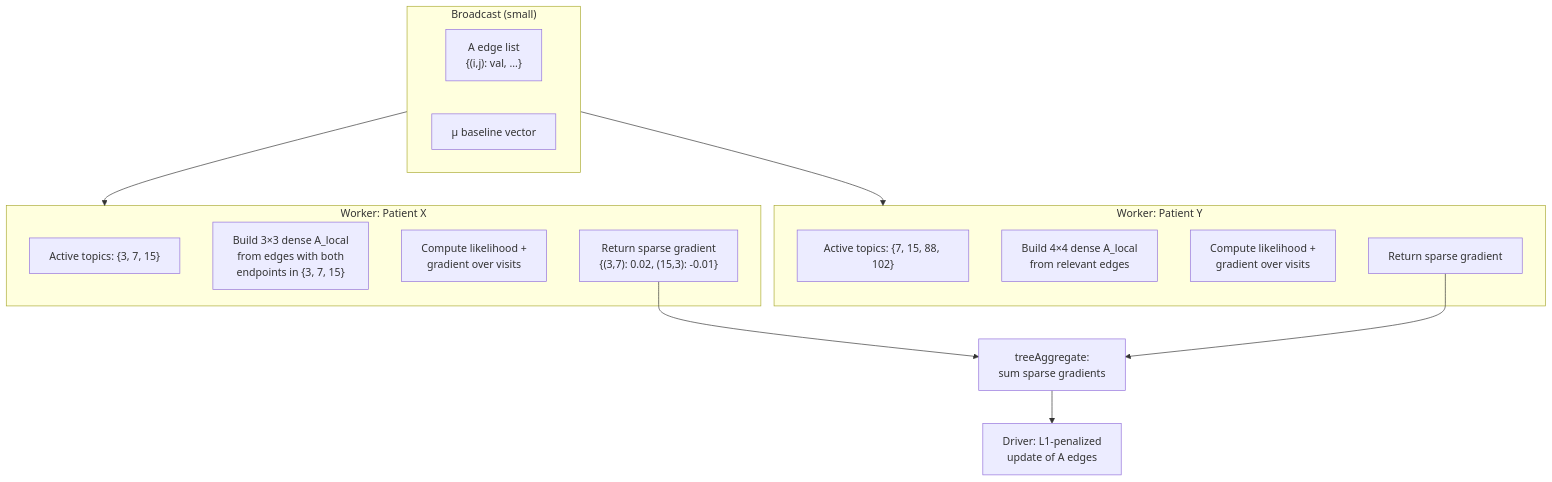
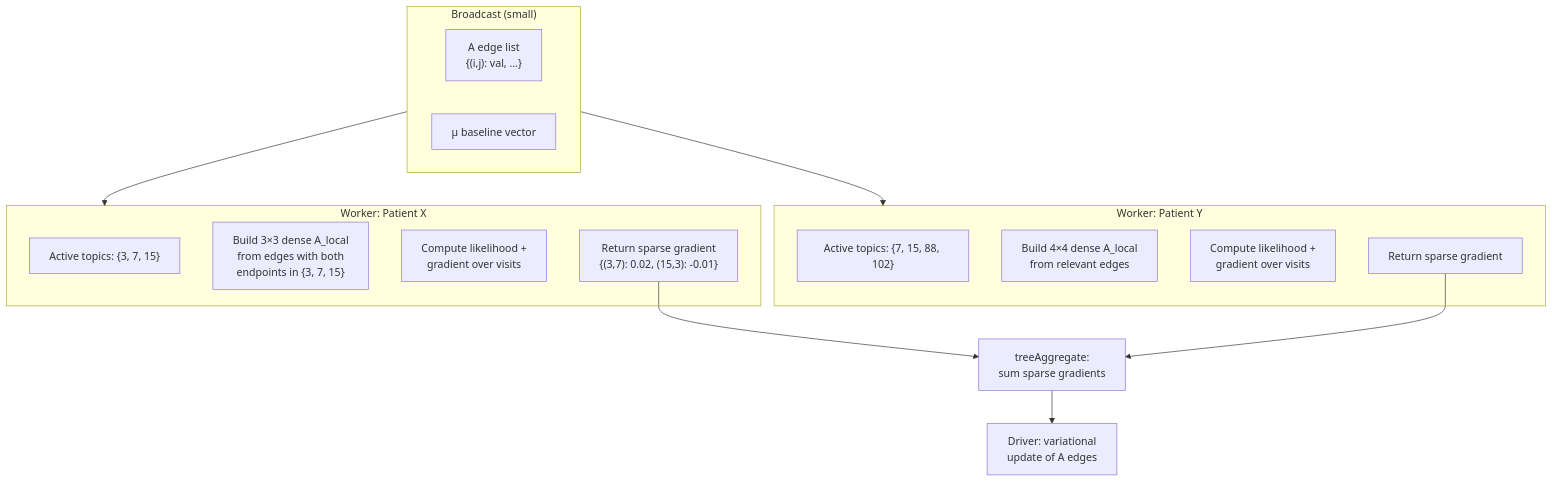
One commit to oneilsh/topic-state-space-modeling changed the sixth of 7 diagrams in TOPIC_STATE_MODELING.md. Above: the diagram before and after it, drawn with Mermaid. The commit also changed other lines of this file, not shown here.

````diff
--- a/TOPIC_STATE_MODELING.md
+++ b/TOPIC_STATE_MODELING.md
@@ -442,27 +442,27 @@
 ```mermaid
 flowchart TD
     subgraph Broadcast["Broadcast (small)"]
         Edges["A edge list<br/>{(i,j): val, ...}"]
         MuVec["μ baseline vector"]
     end
 
     subgraph Worker1["Worker: Patient X"]
         Active1["Active topics: {3, 7, 15}"]
         Sub1["Build 3×3 dense A_local<br/>from edges with both<br/>endpoints in {3, 7, 15}"]
         Lik1["Compute likelihood +<br/>gradient over visits"]
         Grad1["Return sparse gradient<br/>{(3,7): 0.02, (15,3): -0.01}"]
     end
 
     subgraph Worker2["Worker: Patient Y"]
         Active2["Active topics: {7, 15, 88, 102}"]
         Sub2["Build 4×4 dense A_local<br/>from relevant edges"]
         Lik2["Compute likelihood +<br/>gradient over visits"]
         Grad2["Return sparse gradient"]
     end
 
     Broadcast --> Worker1
     Broadcast --> Worker2
     Grad1 --> Agg["treeAggregate:<br/>sum sparse gradients"]
     Grad2 --> Agg
-    Agg --> Update["Driver: L1-penalized<br/>update of A edges"]
+    Agg --> Update["Driver: variational<br/>update of A edges"]
 ```
````
